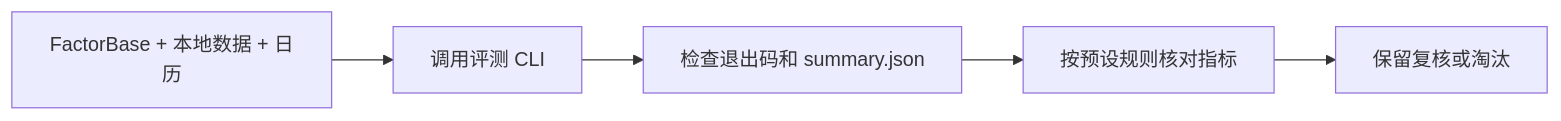
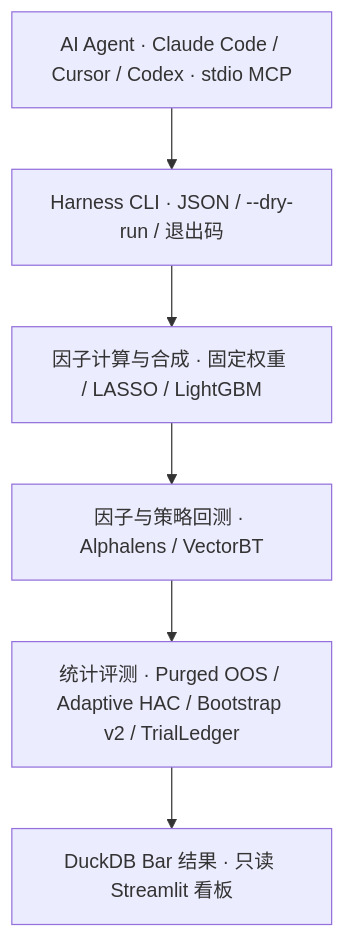
The diagram in README.zh-CN.md (GSX-Eis/jq-factor-lab), drawn with Mermaid before and after one commit. The commit also changed other lines of this file and 57 other files, not shown here.

````diff
--- a/README.zh-CN.md
+++ b/README.zh-CN.md
@@ -93,7 +16,8 @@
 ```mermaid
-flowchart LR
-    A["FactorBase + 本地数据 + 日历"] --> B["调用评测 CLI"]
-    B --> C["检查退出码和 summary.json"]
-    C --> D["按预设规则核对指标"]
-    D --> E["保留复核或淘汰"]
+flowchart TD
+    A["AI Agent · Claude Code / Cursor / Codex · stdio MCP"] --> B["Harness CLI · JSON / --dry-run / 退出码"]
+    B --> C["因子计算与合成 · 固定权重 / LASSO / LightGBM"]
+    C --> D["因子与策略回测 · Alphalens / VectorBT"]
+    D --> E["统计评测 · Purged OOS / Adaptive HAC / Bootstrap v2 / TrialLedger"]
+    E --> F["DuckDB Bar 结果 · 只读 Streamlit 看板"]
 ```
````
